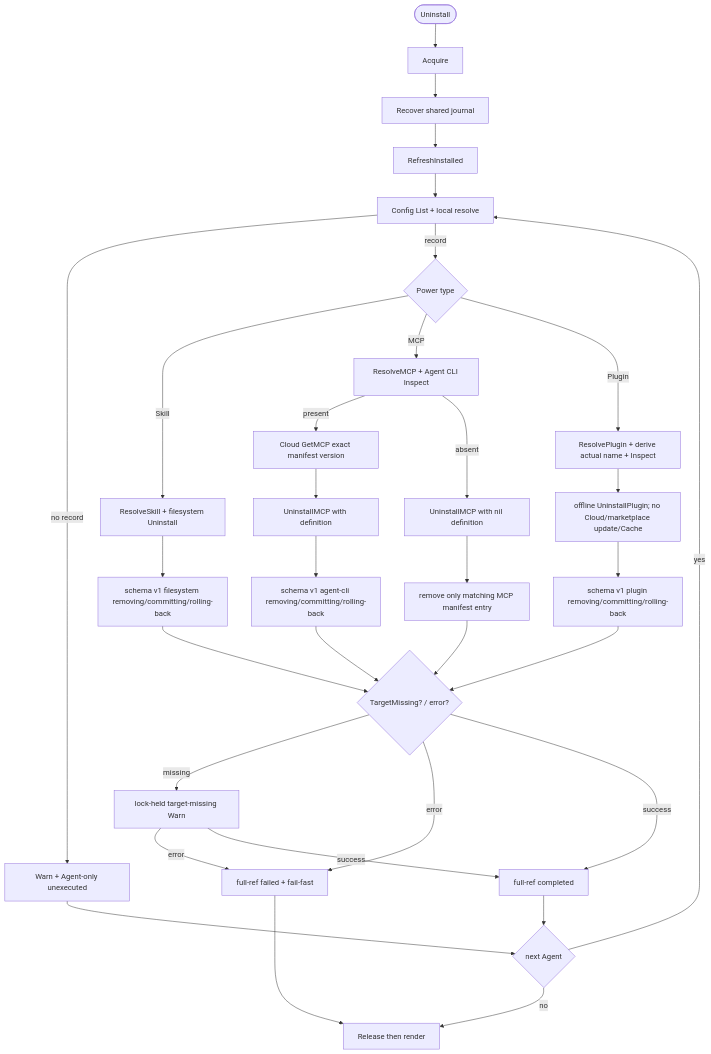
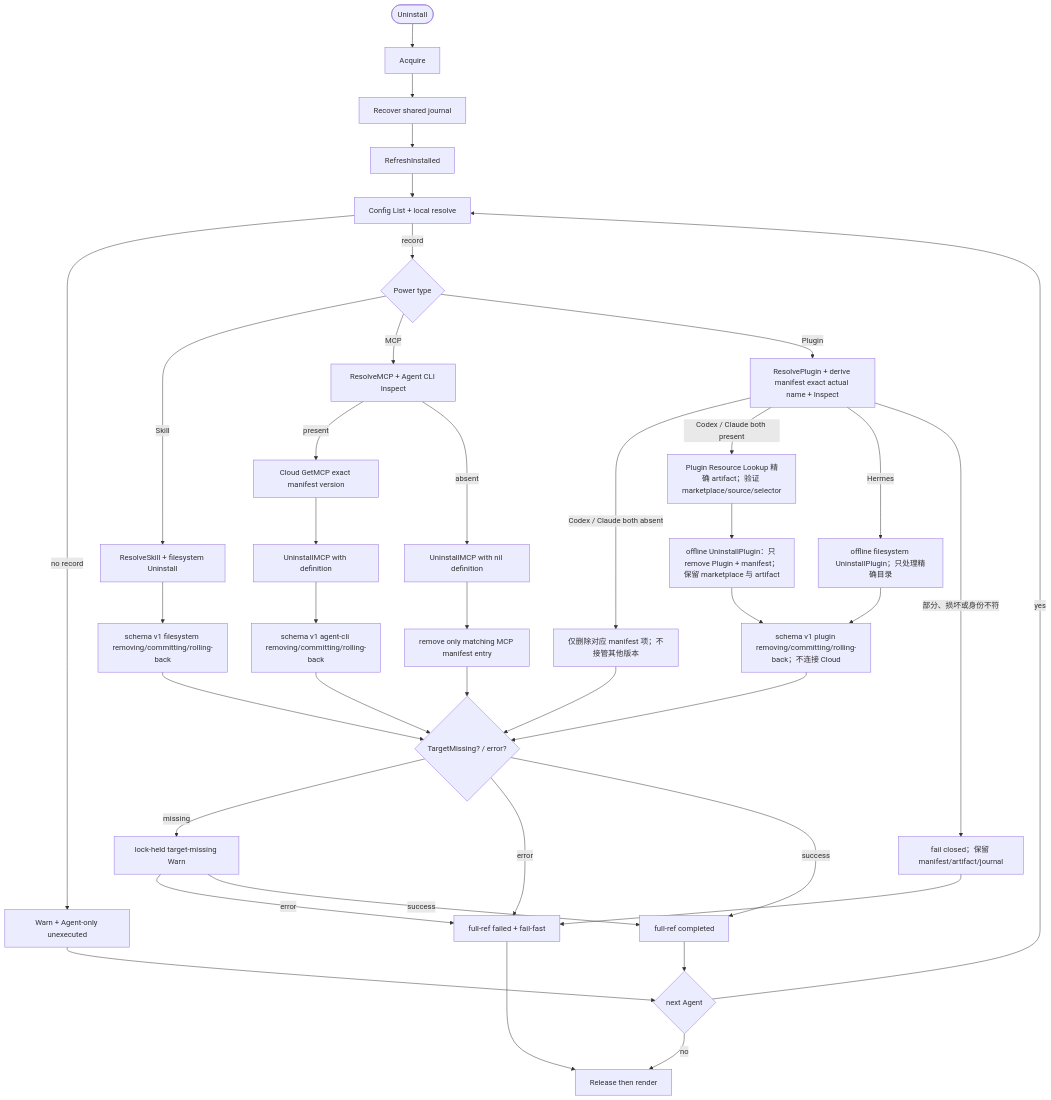
One commit to spacemit-com/agent-power-manager changed the diagram in ivory-tower/c4/components/apm-cli-lifecycle-diagrams/uninstall.mmd. Above: the diagram before and after it, drawn with Mermaid. The commit also changed 12 other files, not shown here.

Commit message:
docs(plugin): document local marketplace artifacts

```diff
--- a/ivory-tower/c4/components/apm-cli-lifecycle-diagrams/uninstall.mmd
+++ b/ivory-tower/c4/components/apm-cli-lifecycle-diagrams/uninstall.mmd
@@ -1,32 +1,39 @@
 flowchart TD
     Start([Uninstall]) --> Lock[Acquire]
     Lock --> Recover[Recover shared journal]
     Recover --> Refresh[RefreshInstalled]
     Refresh --> Manifest[Config List + local resolve]
     Manifest -->|no record| WarnNone[Warn + Agent-only unexecuted]
     Manifest -->|record| Type{Power type}
     Type -->|Skill| Skill[ResolveSkill + filesystem Uninstall]
     Skill --> FSJournal[schema v1 filesystem removing/committing/rolling-back]
     Type -->|MCP| MCP[ResolveMCP + Agent CLI Inspect]
     MCP -->|present| Def[Cloud GetMCP exact manifest version]
     Def --> MCPTx[UninstallMCP with definition]
     MCP -->|absent| MCPStale[UninstallMCP with nil definition]
     MCPTx --> CLIJournal[schema v1 agent-cli removing/committing/rolling-back]
     MCPStale --> Missing[remove only matching MCP manifest entry]
-    Type -->|Plugin| Plugin[ResolvePlugin + derive actual name + Inspect]
-    Plugin --> PluginTx[offline UninstallPlugin; no Cloud/marketplace update/Cache]
-    PluginTx --> PluginJournal[schema v1 plugin removing/committing/rolling-back]
+    Type -->|Plugin| Plugin[ResolvePlugin + derive manifest exact actual name + Inspect]
+    Plugin -->|Codex / Claude both absent| PluginStale[仅删除对应 manifest 项；不接管其他版本]
+    Plugin -->|Codex / Claude both present| PluginLookup[Plugin Resource Lookup 精确 artifact；验证 marketplace/source/selector]
+    PluginLookup --> PluginTx[offline UninstallPlugin：只 remove Plugin + manifest；保留 marketplace 与 artifact]
+    Plugin -->|Hermes| HermesPluginTx[offline filesystem UninstallPlugin；只处理精确目录]
+    Plugin -->|部分、损坏或身份不符| PluginFail[fail closed；保留 manifest/artifact/journal]
+    PluginTx --> PluginJournal[schema v1 plugin removing/committing/rolling-back；不连接 Cloud]
+    HermesPluginTx --> PluginJournal
     FSJournal --> Result{TargetMissing? / error?}
     CLIJournal --> Result
     PluginJournal --> Result
     Missing --> Result
+    PluginStale --> Result
+    PluginFail --> Fail
     Result -->|missing| WarnMissing[lock-held target-missing Warn]
     Result -->|error| Fail[full-ref failed + fail-fast]
     Result -->|success| Done[full-ref completed]
     WarnMissing -->|error| Fail
     WarnMissing -->|success| Done
     WarnNone --> Next{next Agent}
     Done --> Next
     Next -->|yes| Manifest
     Next -->|no| Release[Release then render]
     Fail --> Release
```
